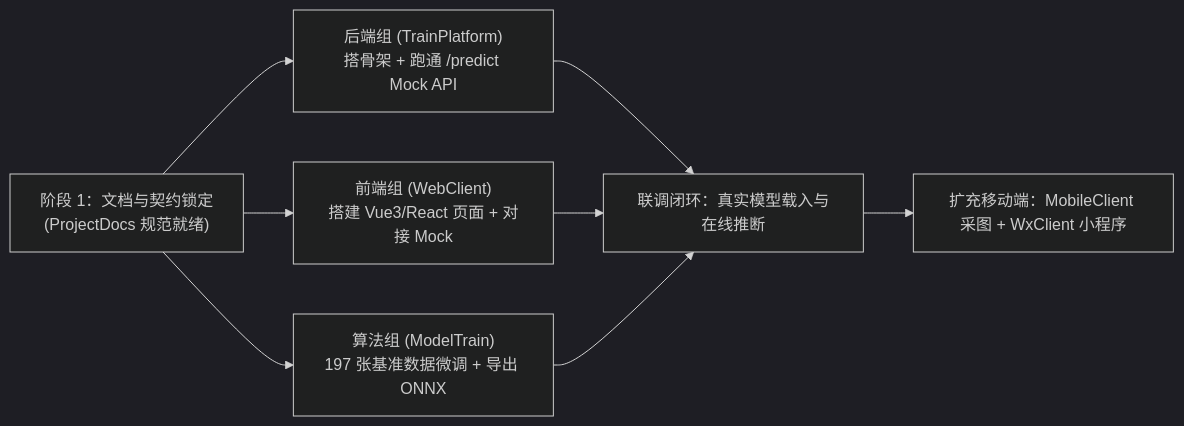
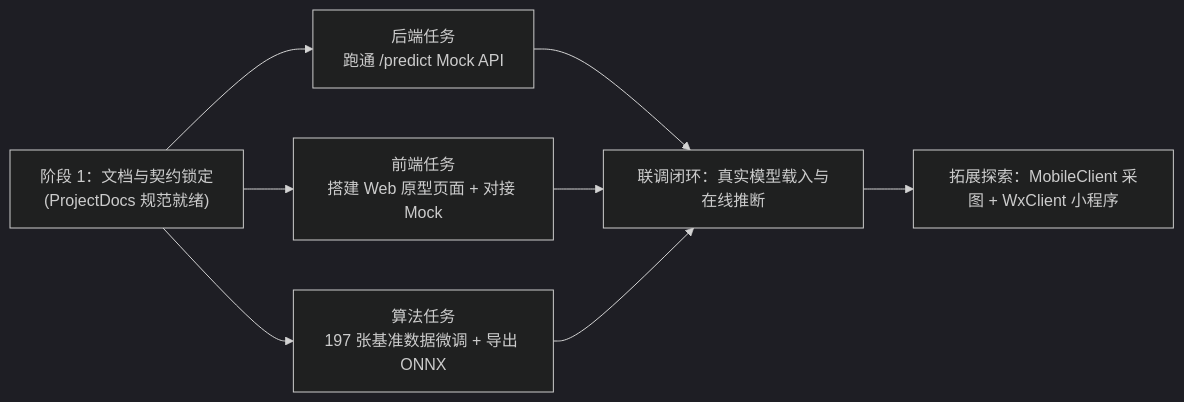
The second of 2 diagrams in REPOS.md (QingMouFoodDate/ProjectPRD), drawn with Mermaid (dark theme) before and after one commit. The commit also changed other lines of this file and 8 other files, not shown here.

````diff
--- a/REPOS.md
+++ b/REPOS.md
@@ -115,10 +115,10 @@
 ```mermaid
 flowchart LR
-    A["阶段 1：文档与契约锁定<br/>(ProjectDocs 规范就绪)"] --> B["后端组 (TrainPlatform)<br/>搭骨架 + 跑通 /predict Mock API"]
-    A --> C["前端组 (WebClient)<br/>搭建 Vue3/React 页面 + 对接 Mock"]
-    A --> D["算法组 (ModelTrain)<br/>197 张基准数据微调 + 导出 ONNX"]
+    A["阶段 1：文档与契约锁定<br/>(ProjectDocs 规范就绪)"] --> B["后端任务<br/>跑通 /predict Mock API"]
+    A --> C["前端任务<br/>搭建 Web 原型页面 + 对接 Mock"]
+    A --> D["算法任务<br/>197 张基准数据微调 + 导出 ONNX"]
     B --> E["联调闭环：真实模型载入与在线推断"]
     C --> E
     D --> E
-    E --> F["扩充移动端：MobileClient 采图 + WxClient 小程序"]
+    E --> F["拓展探索：MobileClient 采图 + WxClient 小程序"]
 ```
````
